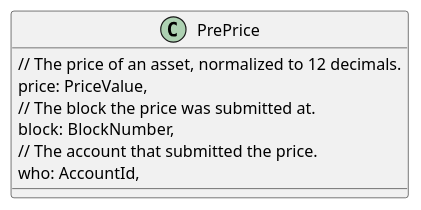
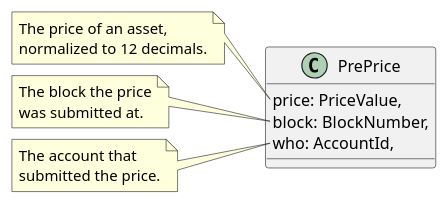
One commit to ComposableFi/composable changed the third of 14 diagrams in frame/oracle/design/design.adoc. Above: the diagram before and after it, drawn with PlantUML. The commit also changed other lines of this file and 11 other files, not shown here.

```diff
--- a/frame/oracle/design/design.adoc
+++ b/frame/oracle/design/design.adoc
@@ -163,11 +165,23 @@
 [plantuml,images/pre-price,png]
 ----
 class PrePrice {
-    // The price of an asset, normalized to 12 decimals.
     price: PriceValue,
-    // The block the price was submitted at.
     block: BlockNumber,
-    // The account that submitted the price.
     who: AccountId,
 }
+
+note left of PrePrice::price
+The price of an asset,
+normalized to 12 decimals.
+end note
+
+note left of PrePrice::block
+The block the price
+was submitted at.
+end note
+
+note left of PrePrice::who
+The account that
+submitted the price.
+end note
 ----
```
